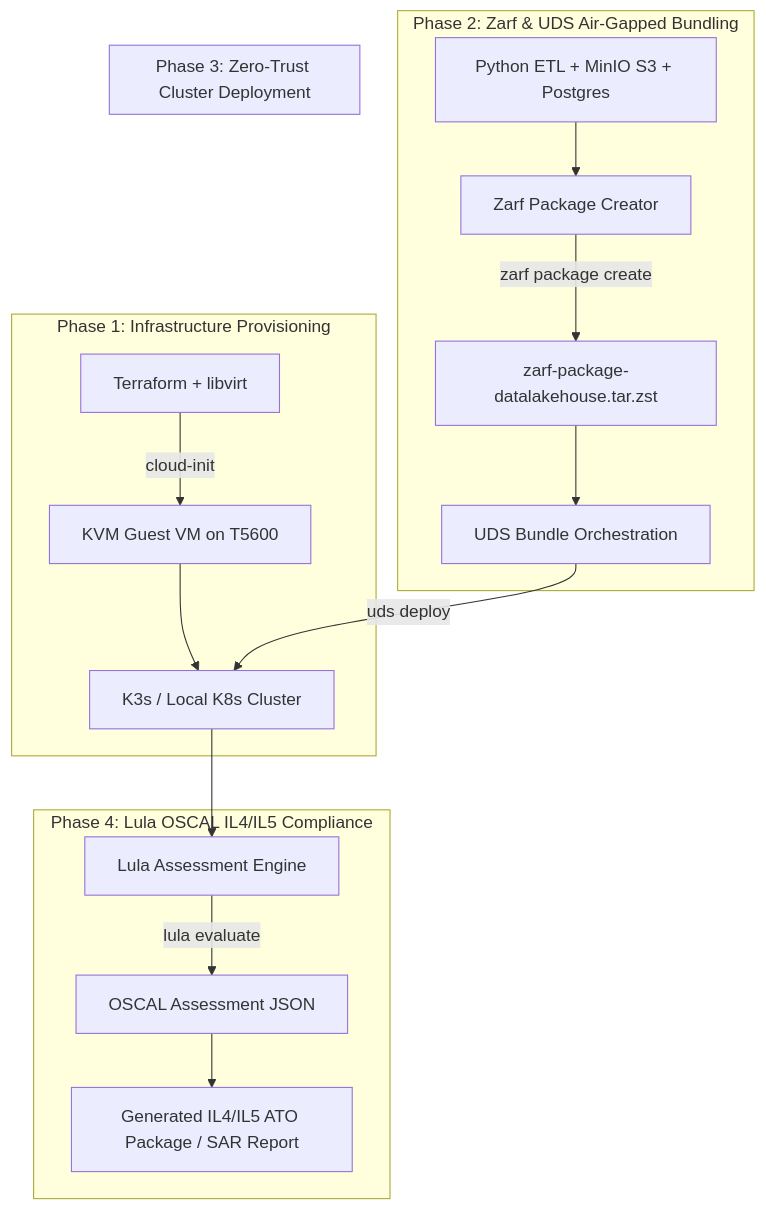
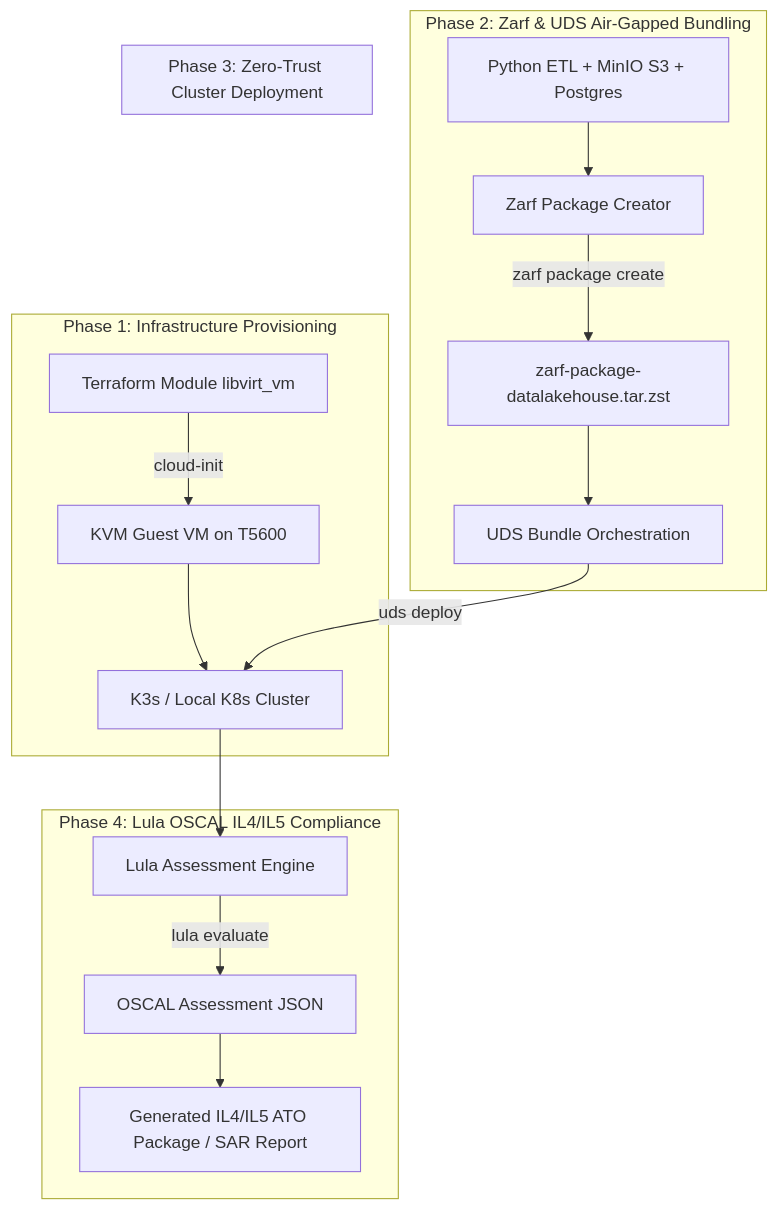
Before and after one commit to celttechie/zarf-uds-lula-datalakehouse: the diagram in README.md, drawn with Mermaid. The commit also changed other lines of this file and 11 other files, not shown here.

Commit message:
refactor: adopt HashiCorp Standard Module Structure for Terraform (modules/ & environments/dev/)

````diff
--- a/README.md
+++ b/README.md
@@ -11,23 +11,23 @@
 ```mermaid
 flowchart TD
     subgraph Provisioning ["Phase 1: Infrastructure Provisioning"]
-        TF[Terraform + libvirt] -->|cloud-init| VM[KVM Guest VM on T5600]
+        TF[Terraform Module libvirt_vm] -->|cloud-init| VM[KVM Guest VM on T5600]
         VM --> K3S[K3s / Local K8s Cluster]
     end
 
     subgraph Packaging ["Phase 2: Zarf & UDS Air-Gapped Bundling"]
         APP[Python ETL + MinIO S3 + Postgres] --> ZARF[Zarf Package Creator]
         ZARF -->|zarf package create| TAR[zarf-package-datalakehouse.tar.zst]
         TAR --> UDS[UDS Bundle Orchestration]
     end
 
     subgraph Deployment ["Phase 3: Zero-Trust Cluster Deployment"]
         UDS -->|uds deploy| K3S
     end
 
     subgraph Accreditation ["Phase 4: Lula OSCAL IL4/IL5 Compliance"]
         K3S --> LULA[Lula Assessment Engine]
         LULA -->|lula evaluate| OSCAL[OSCAL Assessment JSON]
         OSCAL --> REPORT[Generated IL4/IL5 ATO Package / SAR Report]
     end
 ```
````
